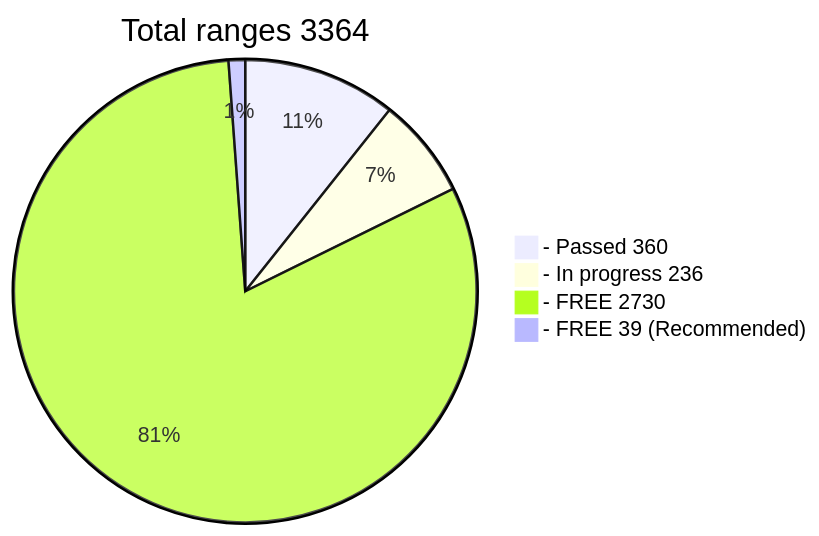
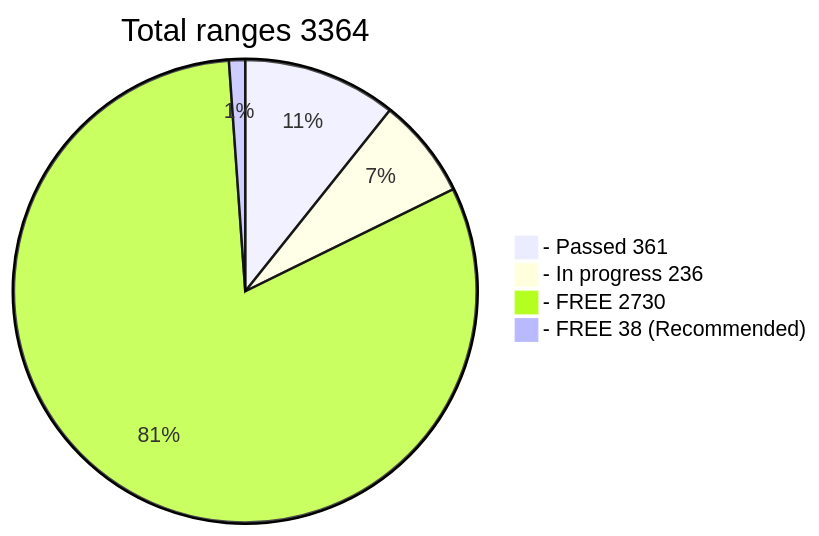
Before and after one commit to phrutis/wif500: the diagram in x64/Release/table.md, drawn with Mermaid. The commit also changed other lines of this file, not shown here.

````diff
--- a/x64/Release/table.md
+++ b/x64/Release/table.md
@@ -2,7 +2,7 @@
 ```mermaid
 pie title Total ranges 3364
-  "- Passed 360" : 360
+  "- Passed 361" : 361
   "- In progress 236" : 236
   "- FREE 2730" : 2730
-  "- FREE 39 (Recommended)" : 39
+  "- FREE 38 (Recommended)" : 38
 ```
````
